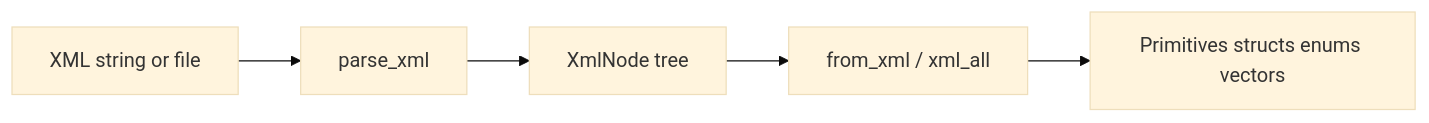
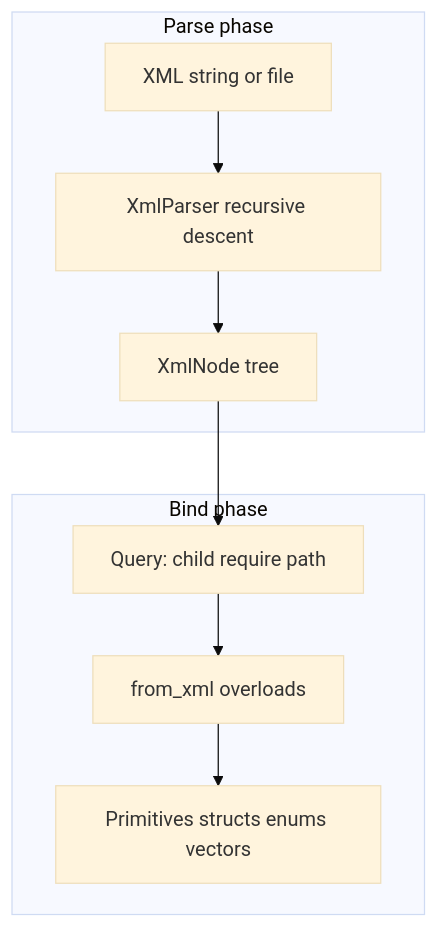
Before and after one commit to schroedermatthew/FatP: the first of 2 diagrams in components/Xml/docs/Overview - XmlLite.md, drawn with Mermaid (base theme). The commit also changed other lines of this file and 1 other file, not shown here.

First line of the commit message:
Bring XmlLite teaching docs to full style-guide compliance

````diff
--- a/components/Xml/docs/Overview - XmlLite.md
+++ b/components/Xml/docs/Overview - XmlLite.md
@@ -72,7 +94,12 @@
 ```mermaid
-flowchart LR
-    A[XML string or file] --> B[parse_xml]
-    B --> C[XmlNode tree]
-    C --> D[from_xml / xml_all]
-    D --> E[Primitives structs enums vectors]
+flowchart TB
+    subgraph Parse["Parse phase"]
+        IN[XML string or file] --> P[XmlParser recursive descent]
+        P --> TREE[XmlNode tree]
+    end
+    subgraph Bind["Bind phase"]
+        TREE --> Q[Query: child require path]
+        Q --> F[from_xml overloads]
+        F --> T[Primitives structs enums vectors]
+    end
 ```
````
